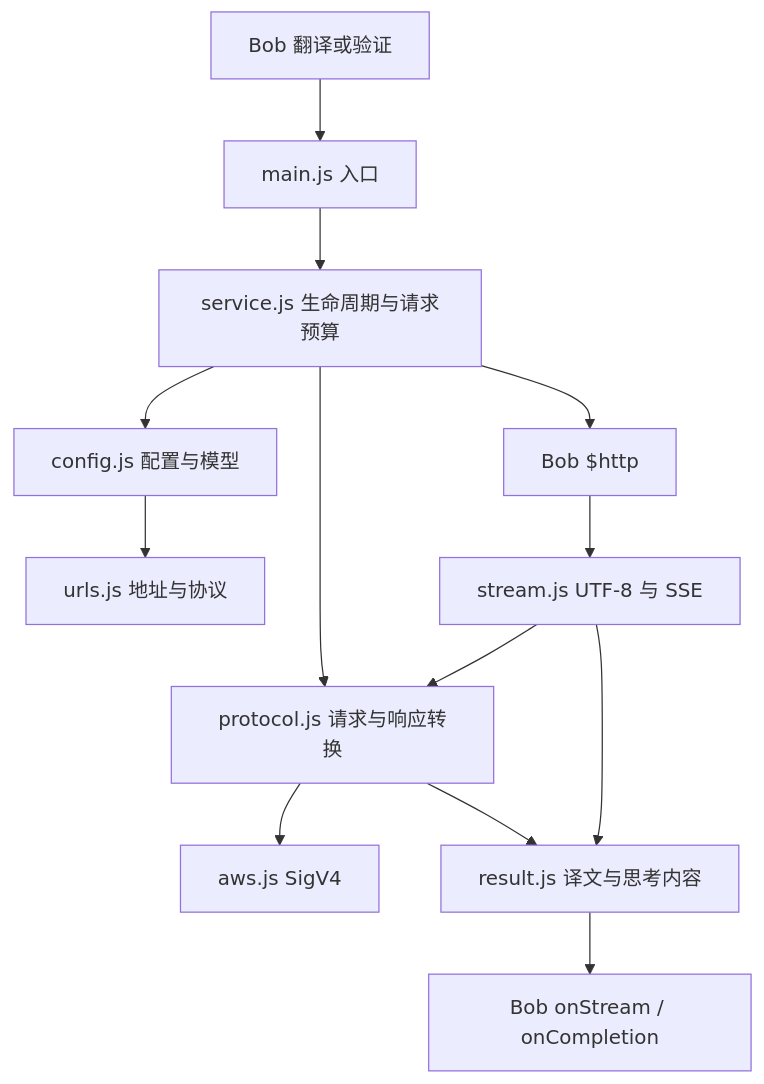
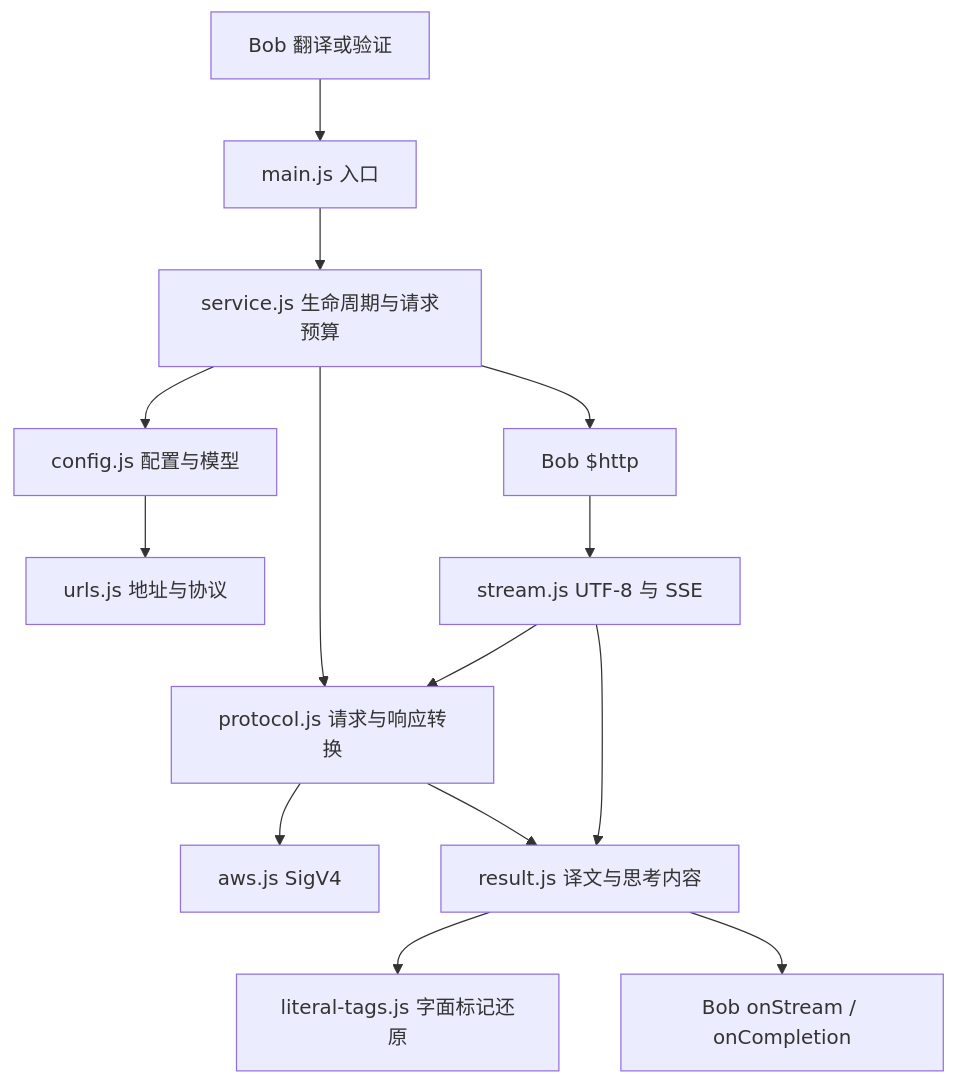
Before and after one commit to GravityPoet/Bob-DeepThink-Free-ChatGPT-Gemini-Claude: the diagram in docs/architecture.md, drawn with Mermaid. The commit also changed other lines of this file and 14 other files, not shown here.

````diff
--- a/docs/architecture.md
+++ b/docs/architecture.md
@@ -7,15 +7,16 @@
 ```mermaid
 flowchart TD
     Bob[Bob 翻译或验证] --> Entry[main.js 入口]
     Entry --> Service[service.js 生命周期与请求预算]
     Service --> Config[config.js 配置与模型]
     Config --> URL[urls.js 地址与协议]
     Service --> Protocol[protocol.js 请求与响应转换]
     Protocol --> AWS[aws.js SigV4]
     Service --> HTTP[Bob $http]
     HTTP --> Stream[stream.js UTF-8 与 SSE]
     Stream --> Protocol
     Protocol --> Result[result.js 译文与思考内容]
     Stream --> Result
+    Result --> Literal[literal-tags.js 字面标记还原]
     Result --> Callback[Bob onStream / onCompletion]
 ```
````
